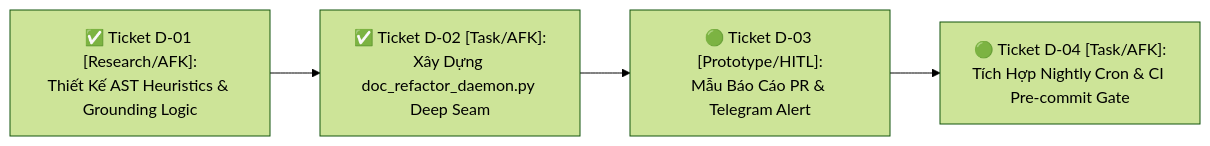
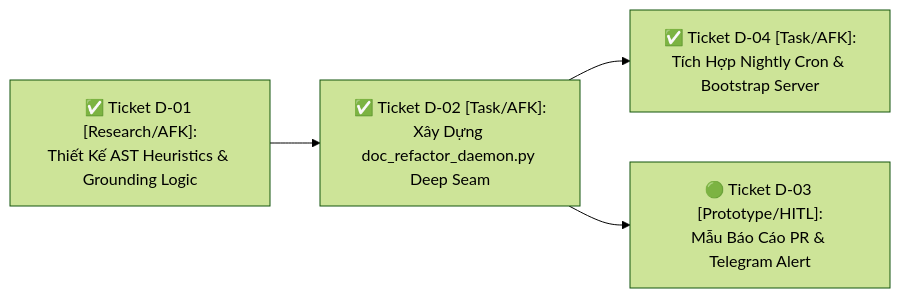
Before and after one commit to vvChu/ccba-agent-platform: the diagram in .md/knowledge/issues/doc-auto-evolution/map.md, drawn with Mermaid (forest theme). The commit also changed other lines of this file and 3 other files, not shown here.

Commit message:
feat(cron): integrate doc_refactor_daemon into Server Spark nightly cron and bootstrap scripts

````diff
--- a/.md/knowledge/issues/doc-auto-evolution/map.md
+++ b/.md/knowledge/issues/doc-auto-evolution/map.md
@@ -39,6 +40,6 @@
 ```mermaid
 graph LR
     D01["✅ Ticket D-01 [Research/AFK]:<br/>Thiết Kế AST Heuristics & Grounding Logic"] --> D02["✅ Ticket D-02 [Task/AFK]:<br/>Xây Dựng doc_refactor_daemon.py Deep Seam"]
+    D02 --> D04["✅ Ticket D-04 [Task/AFK]:<br/>Tích Hợp Nightly Cron & Bootstrap Server"]
     D02 --> D03["🟢 Ticket D-03 [Prototype/HITL]:<br/>Mẫu Báo Cáo PR & Telegram Alert"]
-    D03 --> D04["🟢 Ticket D-04 [Task/AFK]:<br/>Tích Hợp Nightly Cron & CI Pre-commit Gate"]
 ```
````
